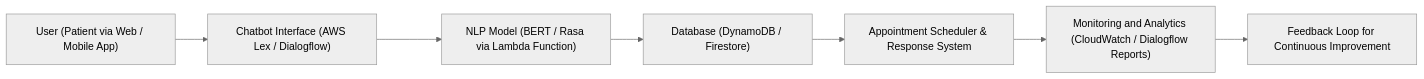
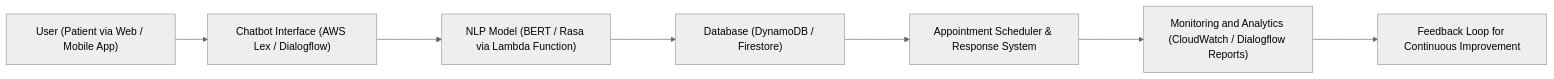
Before and after one commit to Aswanthlal/AI_Solution_Designs: the diagram in Task_5_Healthcare_Chatbot/architecture.mermaid, drawn with Mermaid (neutral theme).

```diff
--- a/Task_5_Healthcare_Chatbot/architecture.mermaid
+++ b/Task_5_Healthcare_Chatbot/architecture.mermaid
@@ -1,7 +1,7 @@
 graph LR
     A["User (Patient via Web / Mobile App)"] --> B["Chatbot Interface (AWS Lex / Dialogflow)"]
     B ---> C["NLP Model (BERT / Rasa via Lambda Function)"]
-    C --> D["Database (DynamoDB / Firestore)"]
-    D --> E["Appointment Scheduler & Response System"]
-    E --> F["Monitoring and Analytics (CloudWatch / Dialogflow Reports)"]
-    F --> G["Feedback Loop for Continuous Improvement"]
+    C ---> D["Database (DynamoDB / Firestore)"]
+    D ---> E["Appointment Scheduler & Response System"]
+    E ---> F["Monitoring and Analytics (CloudWatch / Dialogflow Reports)"]
+    F ---> G["Feedback Loop for Continuous Improvement"]
```
